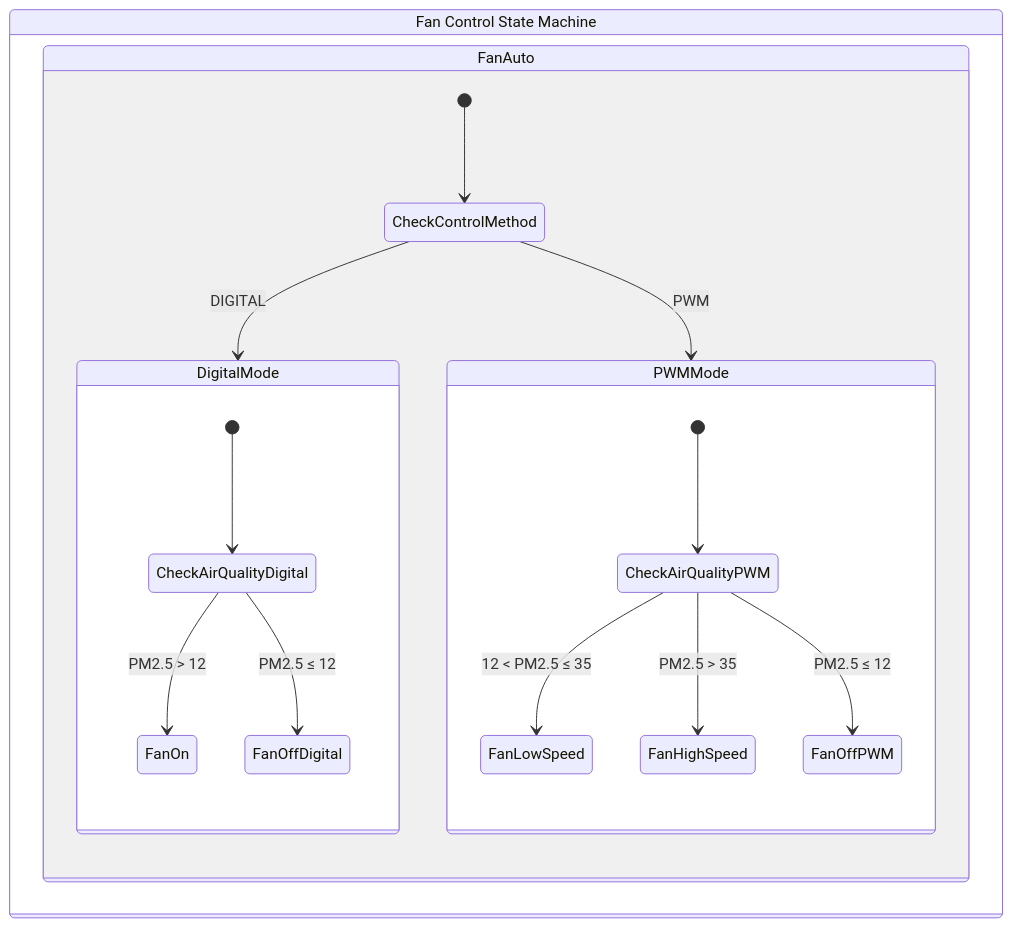
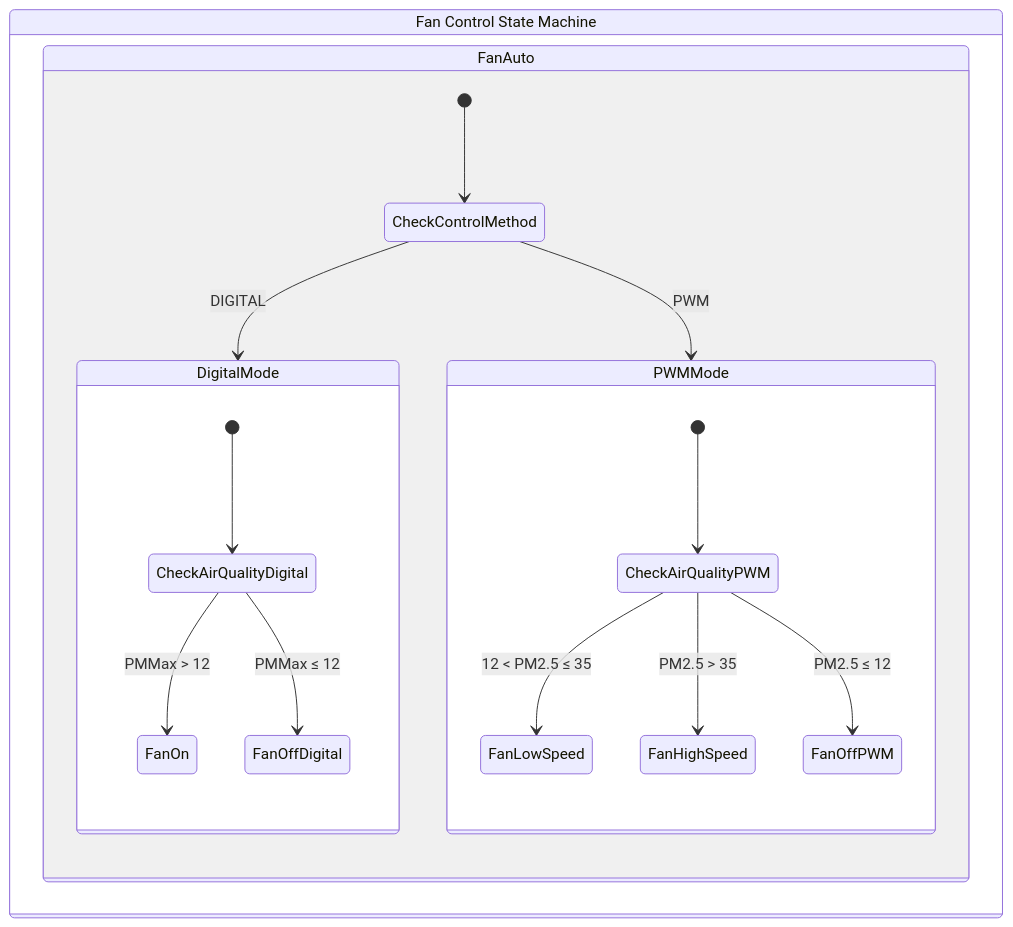
The fifth of 7 diagrams in README.md (phukrit7171/esp32_air_purifier), drawn with Mermaid before and after one commit.

````diff
--- a/README.md
+++ b/README.md
@@ -171,28 +171,28 @@
 ```mermaid
 stateDiagram-v2
     %% Fan Control State Machine
     direction LR
     
     state "Fan Control State Machine" as FanSM {
 
 
         state FanAuto {
             [*] --> CheckControlMethod
             CheckControlMethod --> DigitalMode : DIGITAL
             CheckControlMethod --> PWMMode : PWM
             
             state DigitalMode {
                 [*] --> CheckAirQualityDigital
-                CheckAirQualityDigital --> FanOn : PM2.5 > 12
-                CheckAirQualityDigital --> FanOffDigital : PM2.5 ≤ 12
+                CheckAirQualityDigital --> FanOn : PMMax > 12
+                CheckAirQualityDigital --> FanOffDigital : PMMax ≤ 12
             }
             
             state PWMMode {
                 [*] --> CheckAirQualityPWM
                 CheckAirQualityPWM --> FanLowSpeed : 12 < PM2.5 ≤ 35
                 CheckAirQualityPWM --> FanHighSpeed : PM2.5 > 35
                 CheckAirQualityPWM --> FanOffPWM : PM2.5 ≤ 12
             }
         }
     }
 ```
````
